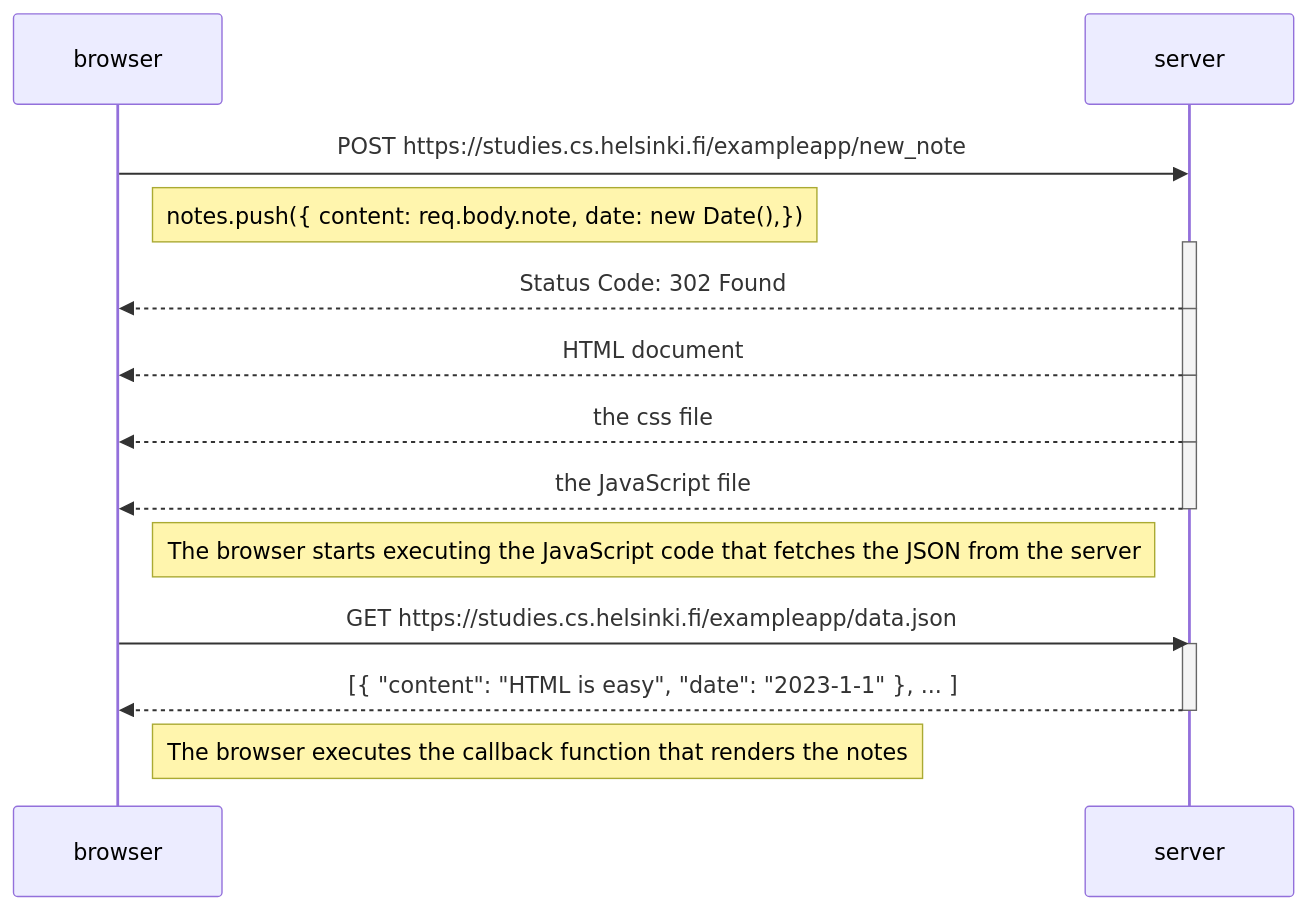
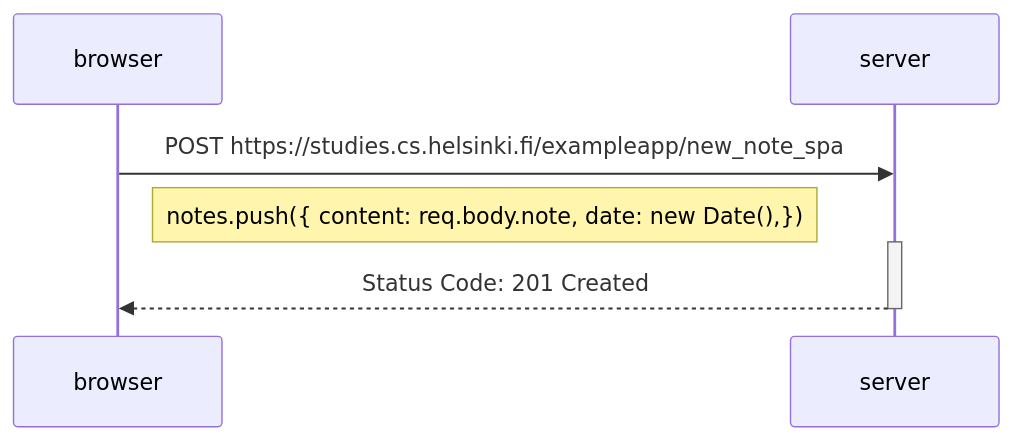
The diagram in part0/NewNoteDiagram.md (CarlitosNea/FullStackOpen), drawn with Mermaid before and after one commit. The commit also changed 2 other files, not shown here.

Commit message:
Update Part 0

````diff
--- a/part0/NewNoteDiagram.md
+++ b/part0/NewNoteDiagram.md
@@ -1,34 +1,14 @@
 ```mermaid
 sequenceDiagram
     participant browser
     participant server
 
-    browser->>server: POST https://studies.cs.helsinki.fi/exampleapp/new_note
+    browser->>server: POST https://studies.cs.helsinki.fi/exampleapp/new_note_spa
 
     Note right of browser: notes.push({ content: req.body.note, date: new Date(),})
 
     activate server
-    server-->>browser: Status Code: 302 Found
+    server-->>browser: Status Code: 201 Created
     deactivate server
 
-    activate server
-    server-->>browser: HTML document
-    deactivate server
-
-    activate server
-    server-->>browser: the css file
-    deactivate server
-
-    activate server
-    server-->>browser: the JavaScript file
-    deactivate server
-
-    Note right of browser: The browser starts executing the JavaScript code that fetches the JSON from the server
-
-    browser->>server: GET https://studies.cs.helsinki.fi/exampleapp/data.json
-    activate server
-    server-->>browser: [{ "content": "HTML is easy", "date": "2023-1-1" }, ... ]
-    deactivate server
-
-    Note right of browser: The browser executes the callback function that renders the notes
 ```
````
